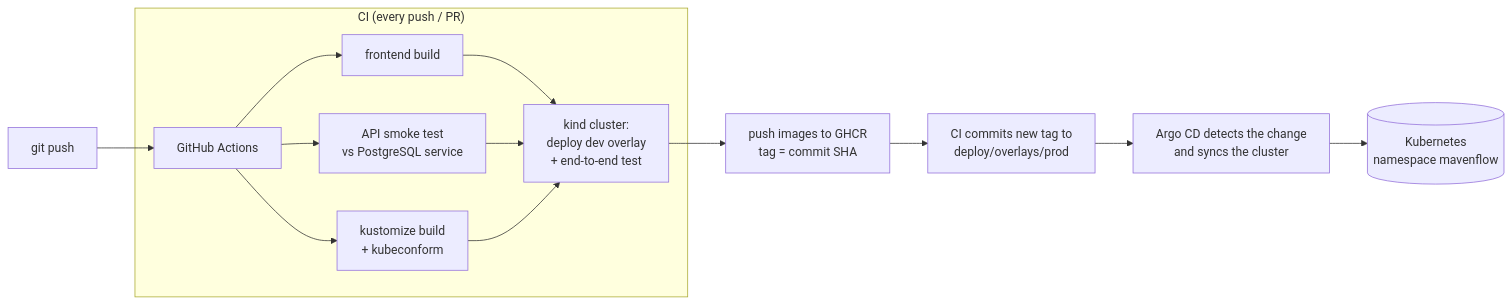
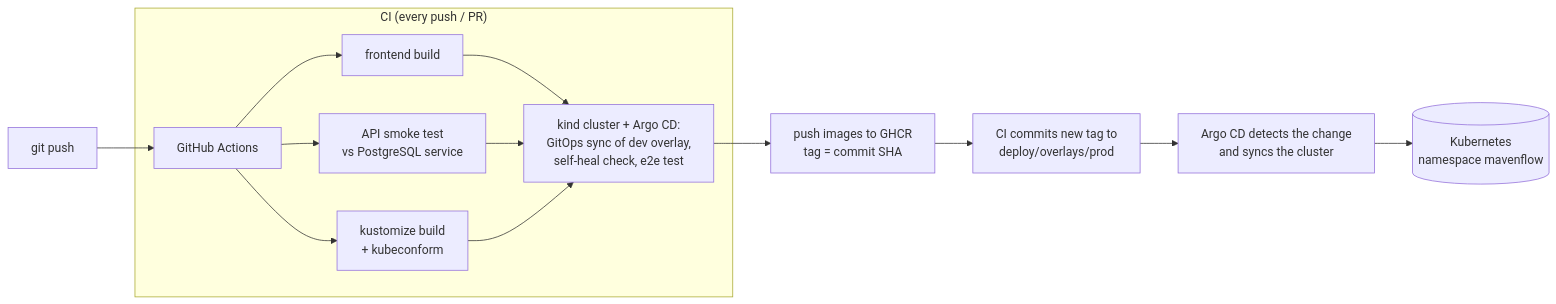
Before and after one commit to joaooln/mavenflow-k8s: the first of 2 diagrams in README.md, drawn with Mermaid. The commit also changed other lines of this file and 1 other file, not shown here.

Commit message:
ci: deploy the dev overlay through Argo CD in kind and verify self-healing

````diff
--- a/README.md
+++ b/README.md
@@ -23,14 +23,14 @@
 ```mermaid
 flowchart LR
   dev[git push] --> ci[GitHub Actions]
   subgraph CI["CI (every push / PR)"]
     ci --> fe[frontend build]
     ci --> api[API smoke test<br/>vs PostgreSQL service]
     ci --> man[kustomize build<br/>+ kubeconform]
-    fe & api & man --> e2e[kind cluster:<br/>deploy dev overlay<br/>+ end-to-end test]
+    fe & api & man --> e2e[kind cluster + Argo CD:<br/>GitOps sync of dev overlay,<br/>self-heal check, e2e test]
   end
   e2e --> rel[push images to GHCR<br/>tag = commit SHA]
   rel --> bump[CI commits new tag to<br/>deploy/overlays/prod]
   bump --> argo[Argo CD detects the change<br/>and syncs the cluster]
   argo --> k8s[(Kubernetes<br/>namespace mavenflow)]
 ```
````
